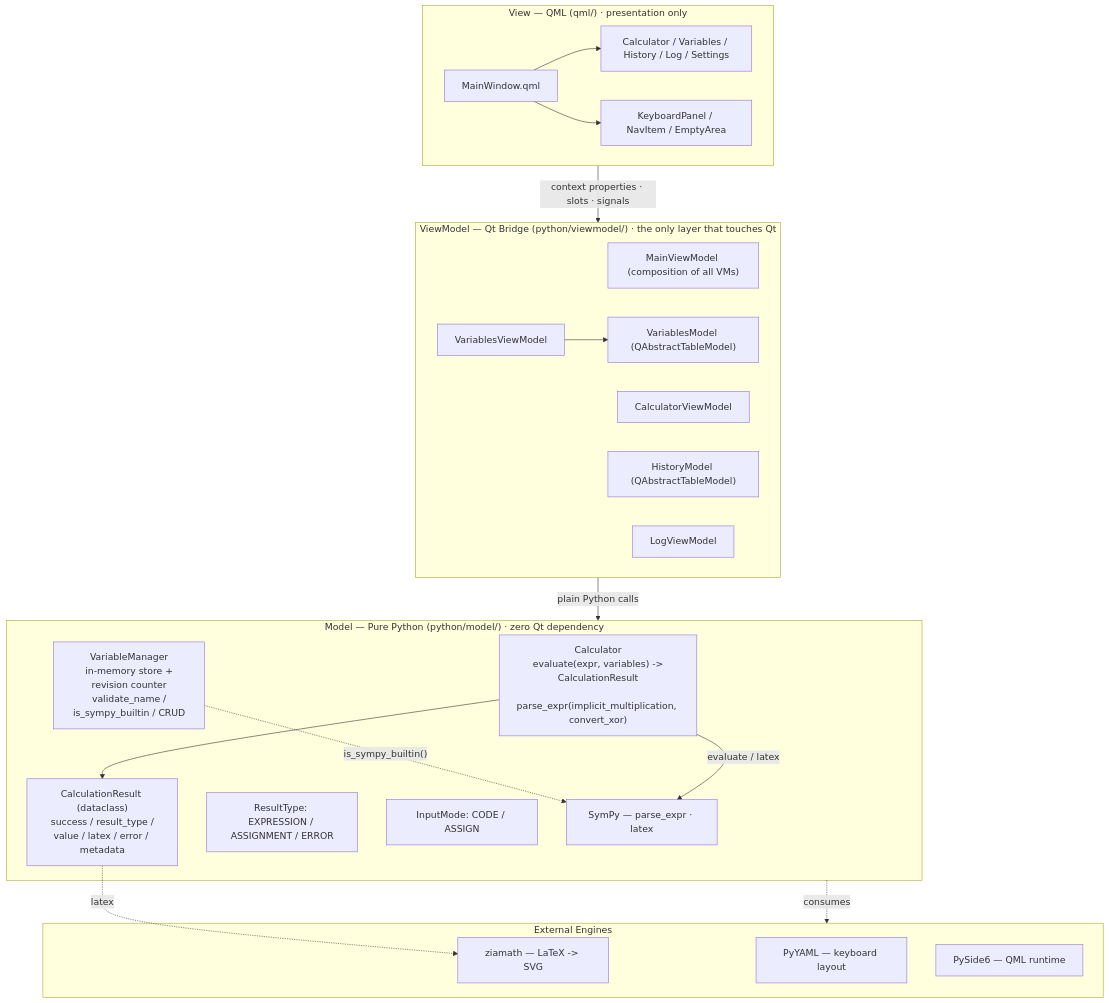
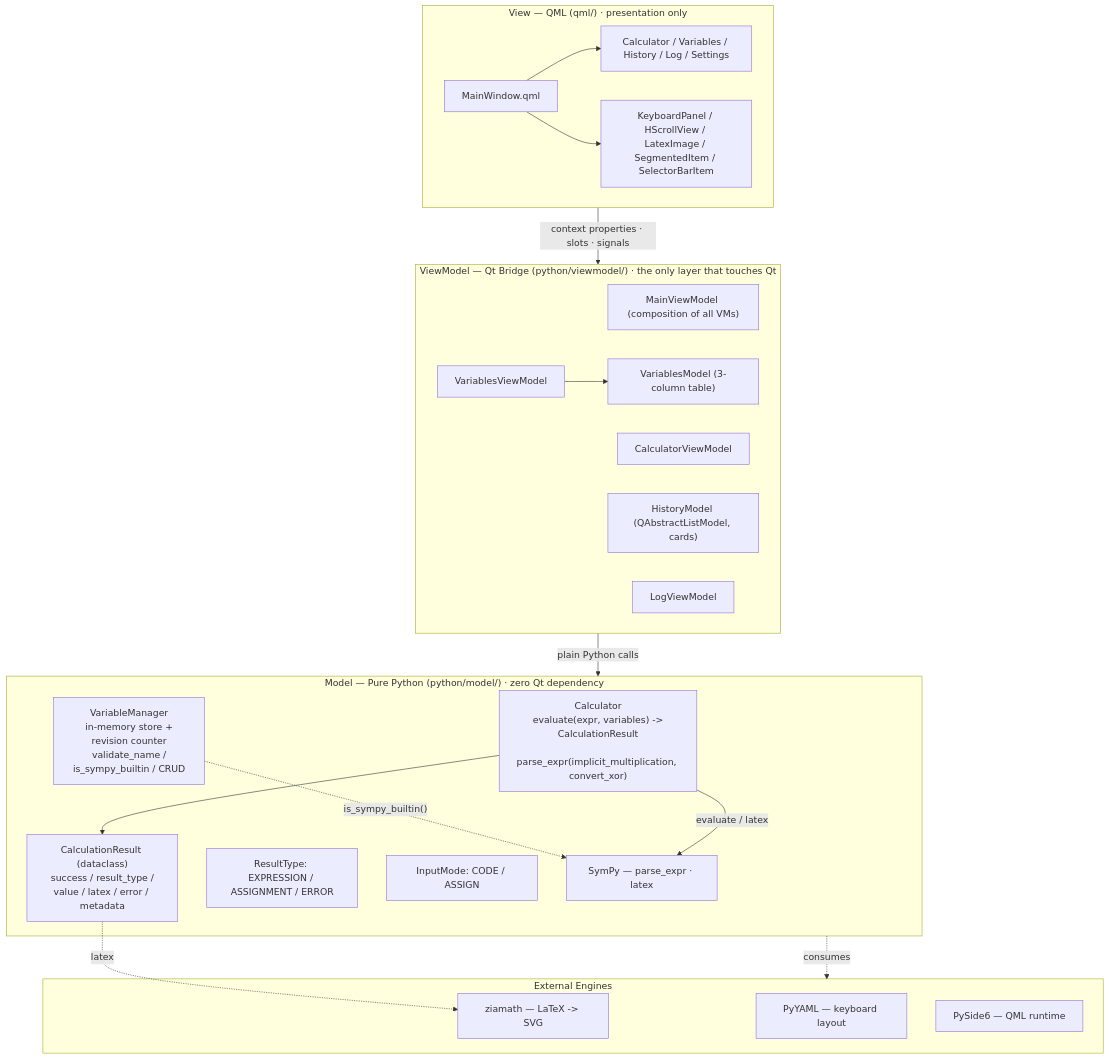
The diagram in docs/architecture.md (I-AM-A-NOOB/Symplify), drawn with Mermaid before and after one commit. The commit also changed other lines of this file and 7 other files, not shown here.

````diff
--- a/docs/architecture.md
+++ b/docs/architecture.md
@@ -7,38 +7,38 @@
 ```mermaid
 flowchart TB
     subgraph VIEW["View — QML (qml/) · presentation only"]
         MW["MainWindow.qml"] --> PAGES["Calculator / Variables / History / Log / Settings"]
-        MW --> COMP["KeyboardPanel / NavItem / EmptyArea"]
+        MW --> COMP["KeyboardPanel / HScrollView / LatexImage / SegmentedItem / SelectorBarItem"]
     end
 
     subgraph VM["ViewModel — Qt Bridge (python/viewmodel/) · the only layer that touches Qt"]
         MVM["MainViewModel (composition of all VMs)"]
         CVM["CalculatorViewModel"]
-        VVM["VariablesViewModel"] --> VModel["VariablesModel (QAbstractTableModel)"]
-        HModel["HistoryModel (QAbstractTableModel)"]
+        VVM["VariablesViewModel"] --> VModel["VariablesModel (3-column table)"]
+        HModel["HistoryModel (QAbstractListModel, cards)"]
         LOG["LogViewModel"]
     end
 
     subgraph MODEL["Model — Pure Python (python/model/) · zero Qt dependency"]
         CALC["Calculator\n evaluate(expr, variables) -> CalculationResult\n parse_expr(implicit_multiplication, convert_xor)"]
         RESULT["CalculationResult (dataclass)\n success / result_type / value / latex / error / metadata"]
         RT["ResultType: EXPRESSION / ASSIGNMENT / ERROR"]
         VARS["VariableManager\n in-memory store + revision counter\n validate_name / is_sympy_builtin / CRUD"]
         IMODE["InputMode: CODE / ASSIGN"]
         CALC --> RESULT
         VARS -. is_sympy_builtin() .-> SYMPY
     end
 
     subgraph EXT["External Engines"]
         SYMPY["SymPy — parse_expr · latex"]
         ZIA["ziamath — LaTeX -> SVG"]
         YAML["PyYAML — keyboard layout"]
         QT["PySide6 — QML runtime"]
     end
 
     VIEW -->|"context properties · slots · signals"| VM
     VM -->|"plain Python calls"| MODEL
     CALC -->|"evaluate / latex"| SYMPY
     RESULT -. latex .-> ZIA
     MODEL -.->|"consumes"| EXT
 ```
````
